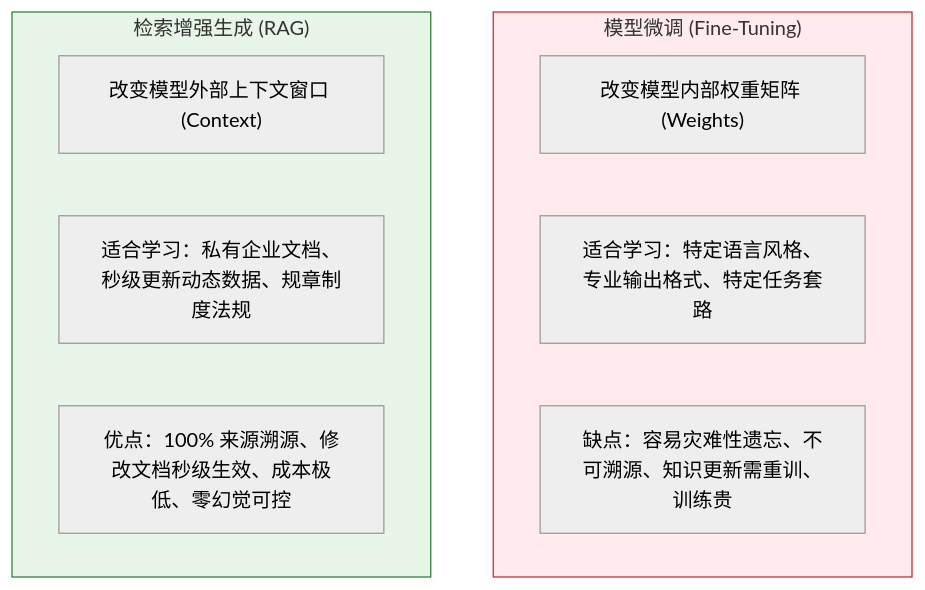
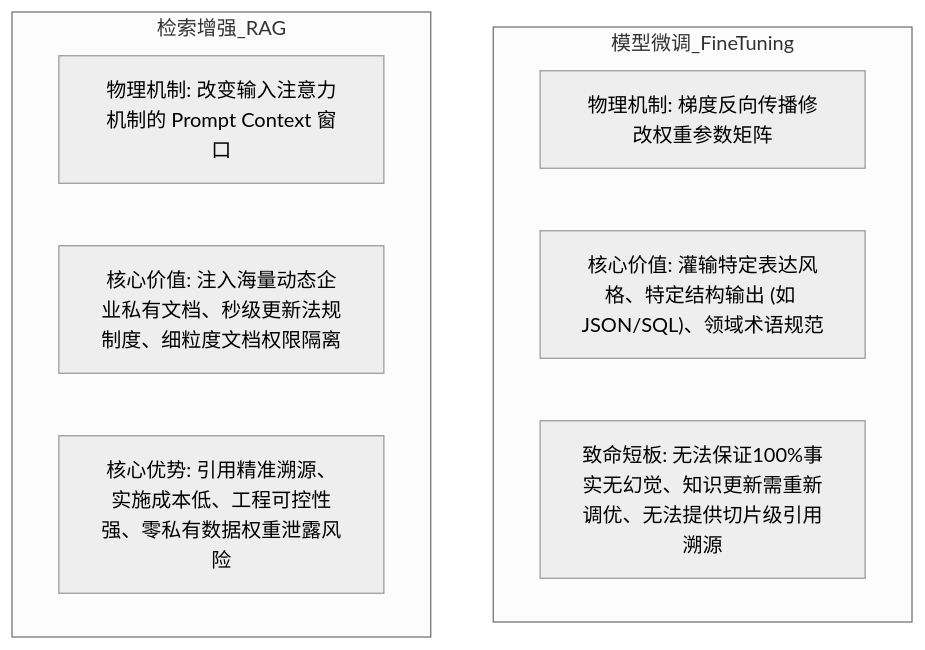
The second of 3 diagrams in 10-AI应用开发/03-知识库技术-RAG/00-RAG全景与心智模型.md (GuoWWWX/knowledge-base), drawn with Mermaid (neutral theme) before and after one commit. The commit also changed other lines of this file and 234 other files, not shown here.

````diff
--- a/10-AI应用开发/03-知识库技术-RAG/00-RAG全景与心智模型.md
+++ b/10-AI应用开发/03-知识库技术-RAG/00-RAG全景与心智模型.md
@@ -49,17 +50,14 @@
 ```mermaid
-graph TD
-    subgraph FT["模型微调 (Fine-Tuning)"]
-        F1["改变模型内部权重矩阵 (Weights)"]
-        F2["适合学习：特定语言风格、专业输出格式、特定任务套路"]
-        F3["缺点：容易灾难性遗忘、不可溯源、知识更新需重训、训练贵"]
+flowchart TD
+    subgraph 模型微调_FineTuning
+        F1["物理机制: 梯度反向传播修改权重参数矩阵"]
+        F2["核心价值: 灌输特定表达风格、特定结构输出 (如 JSON/SQL)、领域术语规范"]
+        F3["致命短板: 无法保证100%事实无幻觉、知识更新需重新调优、无法提供切片级引用溯源"]
     end
 
-    subgraph RAG["检索增强生成 (RAG)"]
-        R1["改变模型外部上下文窗口 (Context)"]
-        R2["适合学习：私有企业文档、秒级更新动态数据、规章制度法规"]
-        R3["优点：100% 来源溯源、修改文档秒级生效、成本极低、零幻觉可控"]
+    subgraph 检索增强_RAG
+        R1["物理机制: 改变输入注意力机制的 Prompt Context 窗口"]
+        R2["核心价值: 注入海量动态企业私有文档、秒级更新法规制度、细粒度文档权限隔离"]
+        R3["核心优势: 引用精准溯源、实施成本低、工程可控性强、零私有数据权重泄露风险"]
     end
-
-    style FT fill:#ffebee,stroke:#c62828,stroke-width:1px
-    style RAG fill:#e8f5e9,stroke:#2e7d32,stroke-width:1px
 ```
````
